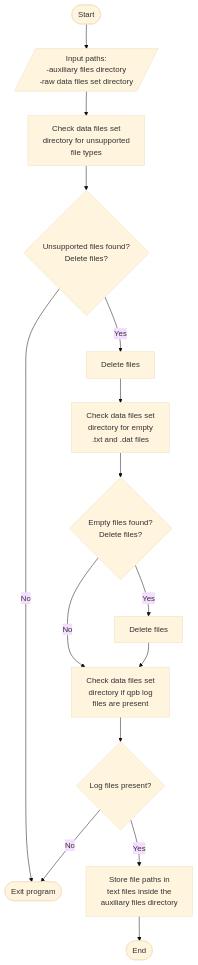
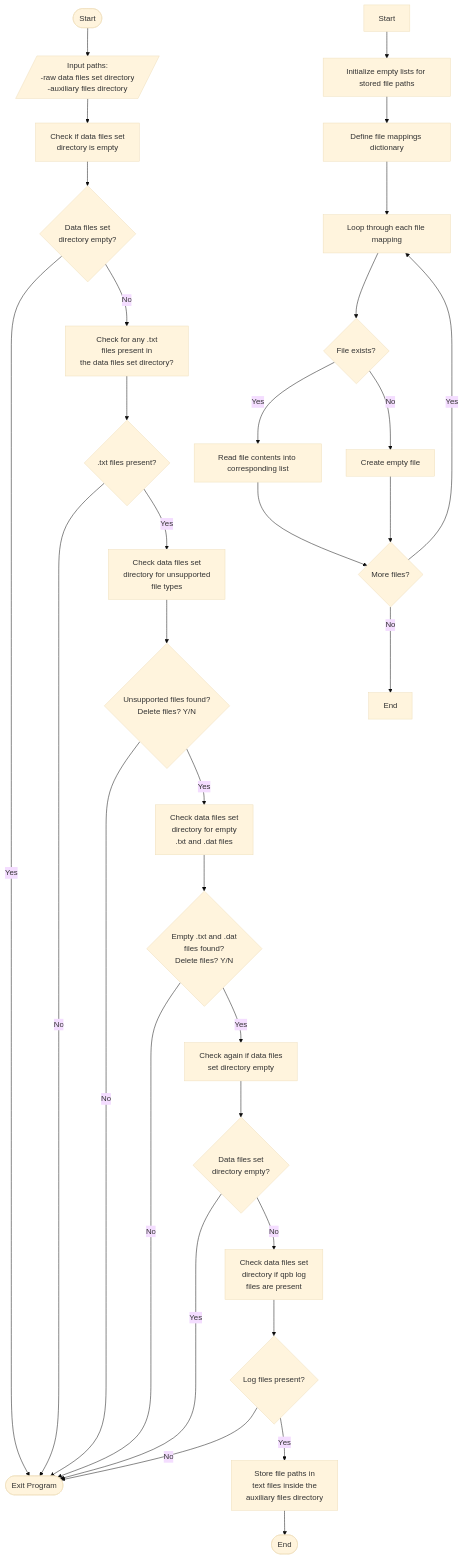
Before and after one commit to Stylianos29/qpb_data_analysis: the diagram in docs/Flowcharts/validate_qpb_data_files.md, drawn with Mermaid (base theme).

Commit message:
Changed formatting and updated the diagram

````diff
--- a/docs/Flowcharts/validate_qpb_data_files.md
+++ b/docs/Flowcharts/validate_qpb_data_files.md
@@ -4,38 +4,69 @@
 flowchart TD
     
     Start([Start]) --> Inputs[/Input paths:
+    -raw data files set directory
     -auxiliary files directory
-    -raw data files set directory
     /]
     
+    %% Script checks if data files set directory is empty
+    Inputs --> CheckDirectory[
+        Check if data files set 
+        directory is empty
+        ]
+    CheckDirectory --> EmptyDirectory{
+        Data files set 
+        directory empty?
+        }
+    EmptyDirectory -- Yes --> Exit([Exit program])
+
+    %% Script checks if any qpb log files are present
+    EmptyDirectory -- No --> CheckTxtFiles[
+        Check for any .txt 
+        files present in 
+        the data files set directory?
+        ]
+    CheckTxtFiles --> TxtFilesPresent{
+            .txt files present?
+            }
+    TxtFilesPresent -- No --> Exit([Exit program])
+
     %% Script checks for unsupported file types
-    Inputs --> RemoveUnsupported[
+    TxtFilesPresent -- Yes --> RemoveUnsupported[
         Check data files set 
         directory for unsupported 
         file types
         ]
     RemoveUnsupported --> UnsupportedFiles{
         Unsupported files found?
-        Delete files?
+        Delete files? Y/N
         }
-    UnsupportedFiles -- Yes --> DeleteFiles[Delete files]
     UnsupportedFiles -- No --> Exit([Exit program])
     
     %% Script checks for empty file types
-    DeleteFiles --> RemoveEmpty[
+    UnsupportedFiles -- Yes --> RemoveEmpty[
         Check data files set 
         directory for empty 
         .txt and .dat files
         ]
     RemoveEmpty --> EmptyFiles{
-        Empty files found?
-        Delete files?
+        Empty .txt and .dat 
+        files found?
+        Delete files? Y/N
         }
-    EmptyFiles -- Yes --> DeleteEmptyFiles[Delete files]
-    EmptyFiles -- No --> CheckQPB
+    EmptyFiles -- No --> Exit([Exit program])
+    EmptyFiles -- Yes --> CheckEmptyDirectory[
+        Check again if data files 
+        set directory empty
+    ]
+    CheckEmptyDirectory --> EmptyDirectory2{
+        Data files set 
+        directory empty?
+        }
+    EmptyDirectory2 -- Yes --> Exit([Exit Program])
+    
     
     %% Script checks qpb log files are present indeed
-    DeleteEmptyFiles --> CheckQPB[
+    EmptyDirectory2 -- No --> CheckQPB[
         Check data files set 
         directory if qpb log 
         files are present
@@ -48,5 +79,19 @@
         auxiliary files directory
         ]
     
+    %% Script checks qpb log files are present indeed
+
+            A[Start] --> B[Initialize empty lists for stored file paths]
+            B --> C[Define file mappings dictionary]
+            C --> D[Loop through each file mapping]
+            D --> E{File exists?}
+            E -- Yes --> F[Read file contents into corresponding list]
+            E -- No --> G[Create empty file]
+            F --> H{More files?}
+            G --> H
+            H -- Yes --> D
+            H -- No --> I[End]
+
+
     StorePaths --> End([End])
 ```
````
